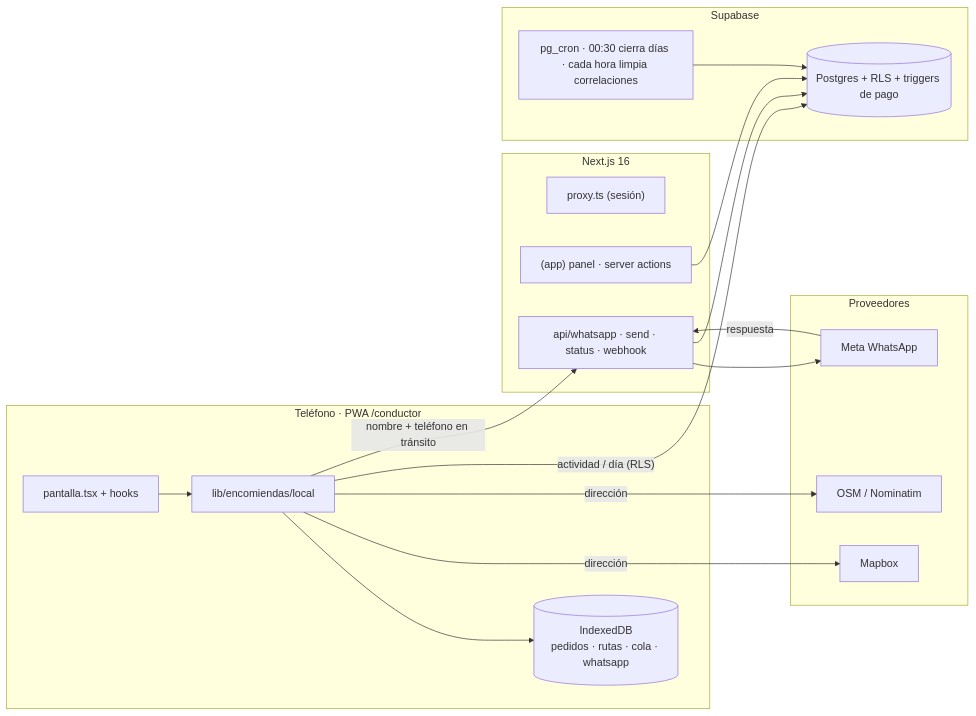
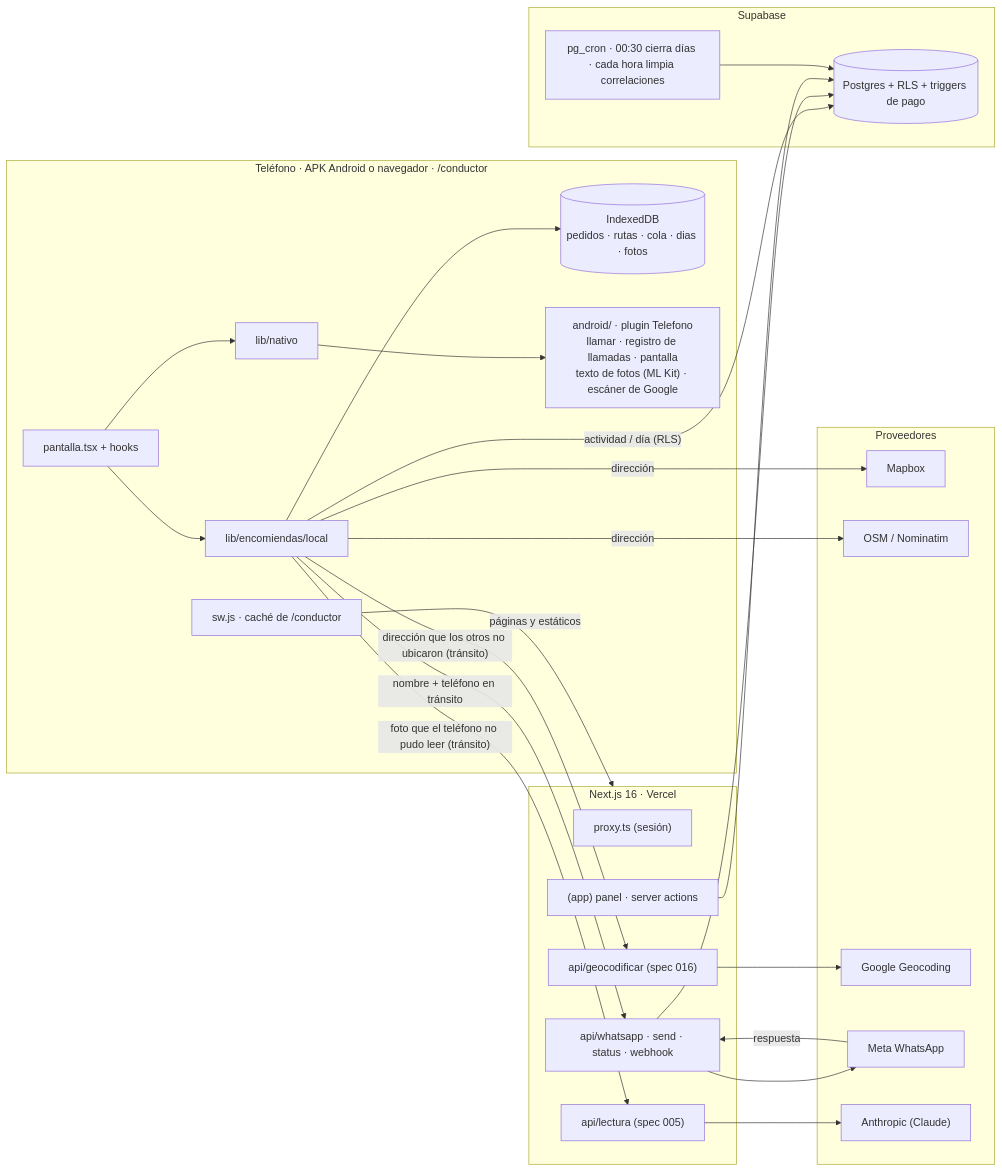
The first of 4 diagrams in docs/ARQUITECTURA.md (etianypr/ProyectoAres), drawn with Mermaid before and after one commit. The commit also changed other lines of this file and 426 other files, not shown here.

First line of the commit message:
APK del conductor, carga desde la guía y "conductor" en todo el sistema

````diff
--- a/docs/ARQUITECTURA.md
+++ b/docs/ARQUITECTURA.md
@@ -8,27 +8,36 @@
 ```mermaid
 flowchart LR
-  subgraph TEL["Teléfono · PWA /conductor"]
-    UI["pantalla.tsx + hooks"] --> LOCAL["lib/encomiendas/local"] --> IDB[("IndexedDB<br/>pedidos · rutas · cola · whatsapp")]
+  subgraph TEL["Teléfono · APK Android o navegador · /conductor"]
+    UI["pantalla.tsx + hooks"] --> LOCAL["lib/encomiendas/local"] --> IDB[("IndexedDB<br/>pedidos · rutas · cola · dias · fotos")]
+    UI --> NAT["lib/nativo"] --> PLUG["android/ · plugin Telefono<br/>llamar · registro de llamadas · pantalla<br/>texto de fotos (ML Kit) · escáner de Google"]
+    SW["sw.js · caché de /conductor"]
   end
   subgraph EXT["Proveedores"]
     MAPBOX["Mapbox"] 
     OSM["OSM / Nominatim"]
+    GOOGLE["Google Geocoding"]
     META["Meta WhatsApp"]
+    CLAUDE["Anthropic (Claude)"]
   end
-  subgraph NEXT["Next.js 16"]
+  subgraph NEXT["Next.js 16 · Vercel"]
     PROXY["proxy.ts (sesión)"]
     PANEL["(app) panel · server actions"]
     API["api/whatsapp · send · status · webhook"]
+    LECT["api/lectura (spec 005)"]
+    GEO["api/geocodificar (spec 016)"]
   end
   subgraph SB["Supabase"]
     PG[("Postgres + RLS + triggers de pago")]
     CRON["pg_cron · 00:30 cierra días · cada hora limpia correlaciones"]
   end
   LOCAL -- "dirección" --> MAPBOX
   LOCAL -- "dirección" --> OSM
+  LOCAL -- "dirección que los otros no ubicaron (tránsito)" --> GEO --> GOOGLE
   LOCAL -- "actividad / día (RLS)" --> PG
   LOCAL -- "nombre + teléfono en tránsito" --> API --> META
   META -- "respuesta" --> API --> PG
+  LOCAL -- "foto que el teléfono no pudo leer (tránsito)" --> LECT --> CLAUDE
   PANEL --> PG
   CRON --> PG
+  SW -- "páginas y estáticos" --> NEXT
 ```
````
